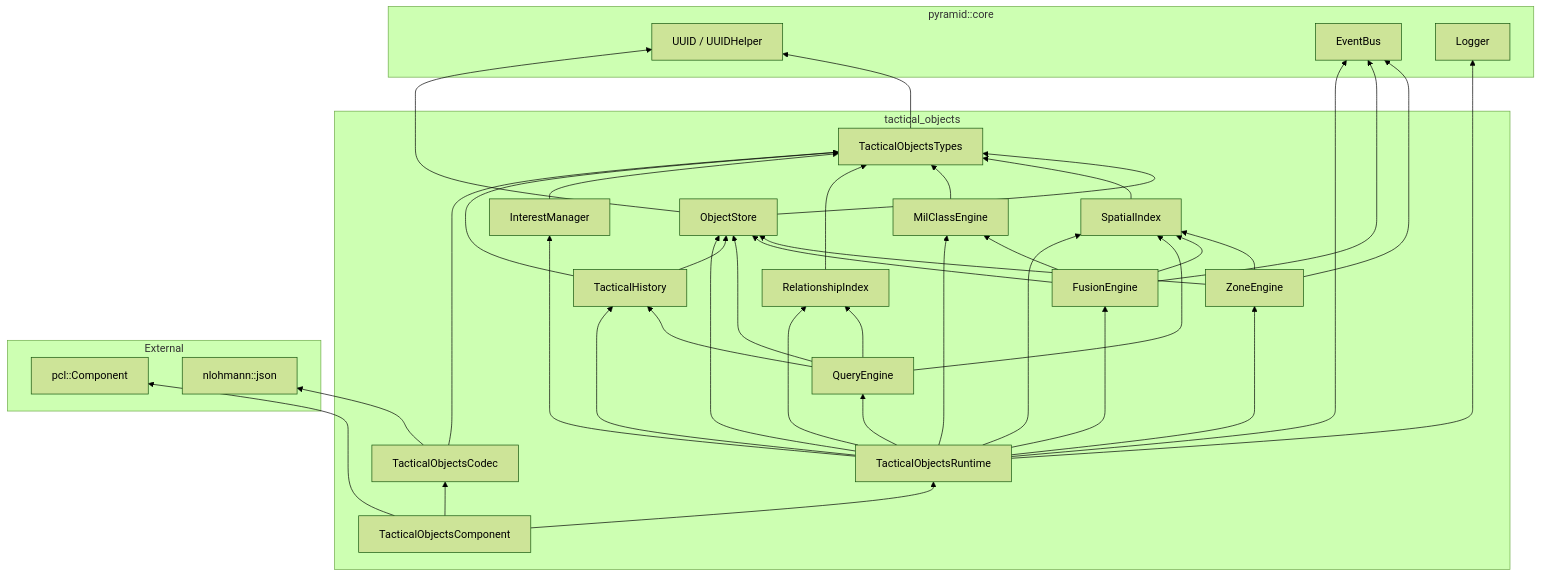
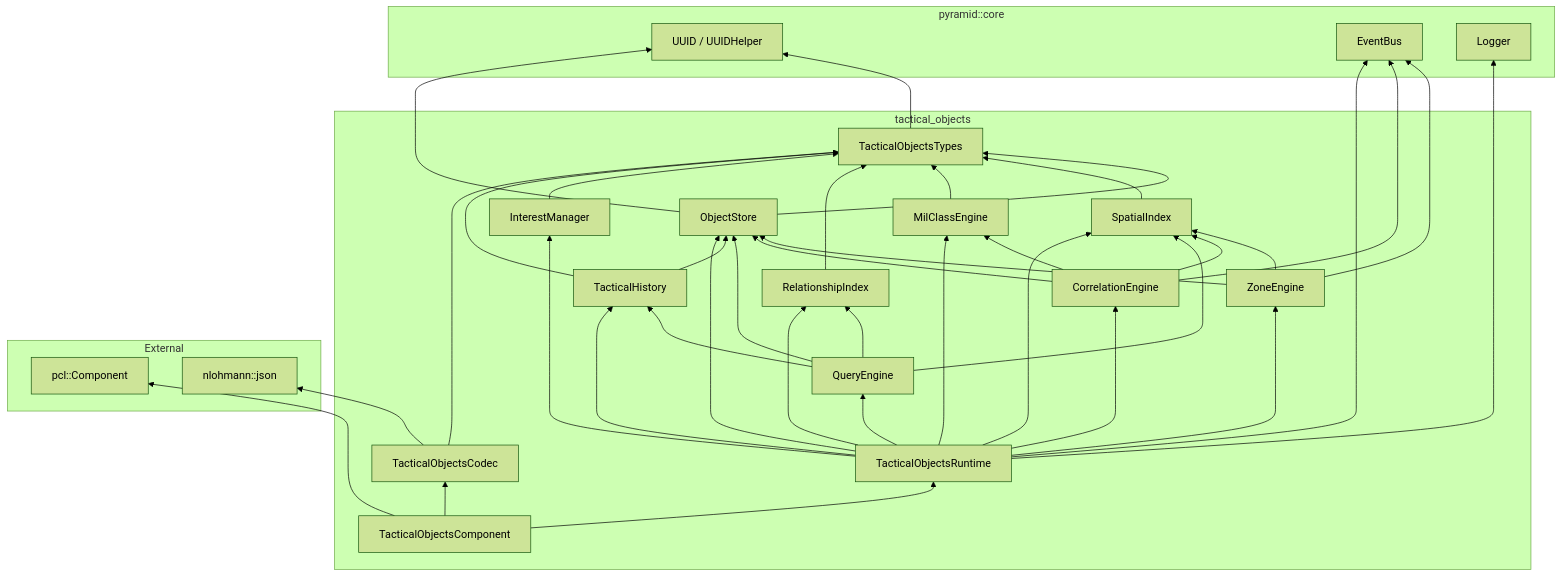
Diagram 16 of 16 in pyramid/tactical_objects/ARCHITECTURE.md (Ackoogin/mujin), drawn with Mermaid (forest theme) before and after one commit. The commit also changed other lines of this file and 52 other files, not shown here.

````diff
--- a/pyramid/tactical_objects/ARCHITECTURE.md
+++ b/pyramid/tactical_objects/ARCHITECTURE.md
@@ -576,66 +576,66 @@
 ```mermaid
 graph BT
     subgraph pyramid::core
         UUID[UUID / UUIDHelper]
         EB2[EventBus]
         LOG[Logger]
     end
 
     subgraph tactical_objects
         TYPES[TacticalObjectsTypes]
         OS2[ObjectStore]
         SI2[SpatialIndex]
         MC3[MilClassEngine]
         ZE2[ZoneEngine]
         RI2[RelationshipIndex]
-        FE3[FusionEngine]
+        FE3[CorrelationEngine]
         QE2[QueryEngine]
         IM2[InterestManager]
         TH2[TacticalHistory]
         RT2[TacticalObjectsRuntime]
         CODEC2[TacticalObjectsCodec]
         COMP[TacticalObjectsComponent]
     end
 
     subgraph External
         PCL[pcl::Component]
         JSON[nlohmann::json]
     end
 
     TYPES --> UUID
     OS2 --> TYPES
     OS2 --> UUID
     SI2 --> TYPES
     MC3 --> TYPES
     RI2 --> TYPES
     ZE2 --> SI2
     ZE2 --> OS2
     ZE2 --> EB2
     FE3 --> SI2
     FE3 --> OS2
     FE3 --> MC3
     FE3 --> EB2
     QE2 --> RI2
     QE2 --> OS2
     QE2 --> SI2
     QE2 --> TH2
     IM2 --> TYPES
     TH2 --> TYPES
     TH2 --> OS2
     RT2 --> OS2
     RT2 --> SI2
     RT2 --> RI2
     RT2 --> FE3
     RT2 --> ZE2
     RT2 --> MC3
     RT2 --> QE2
     RT2 --> IM2
     RT2 --> TH2
     RT2 --> EB2
     RT2 --> LOG
     CODEC2 --> TYPES
     CODEC2 --> JSON
     COMP --> RT2
     COMP --> CODEC2
     COMP --> PCL
 ```
````
